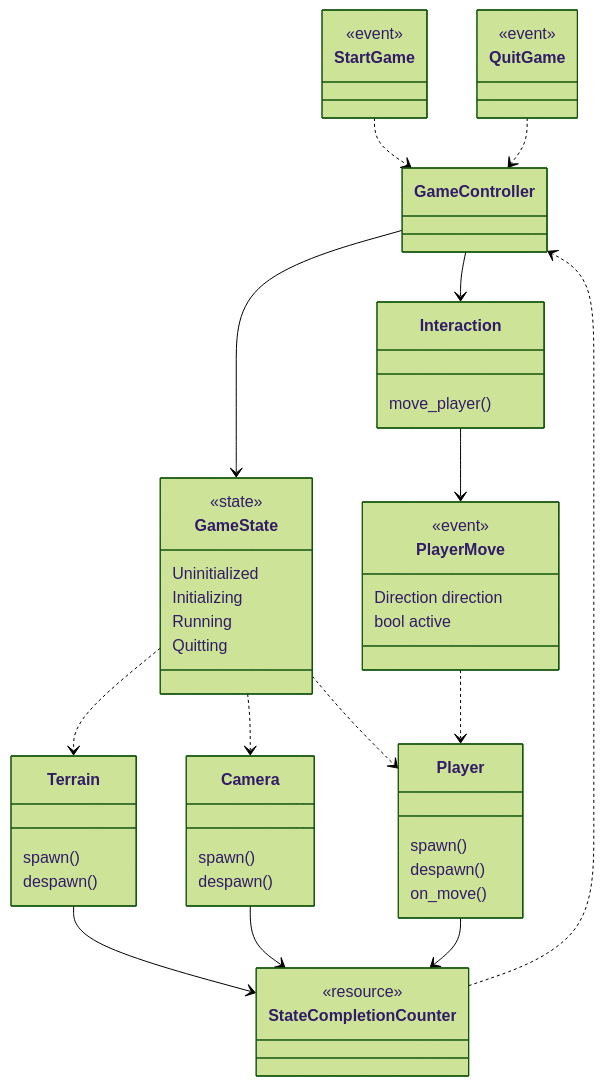
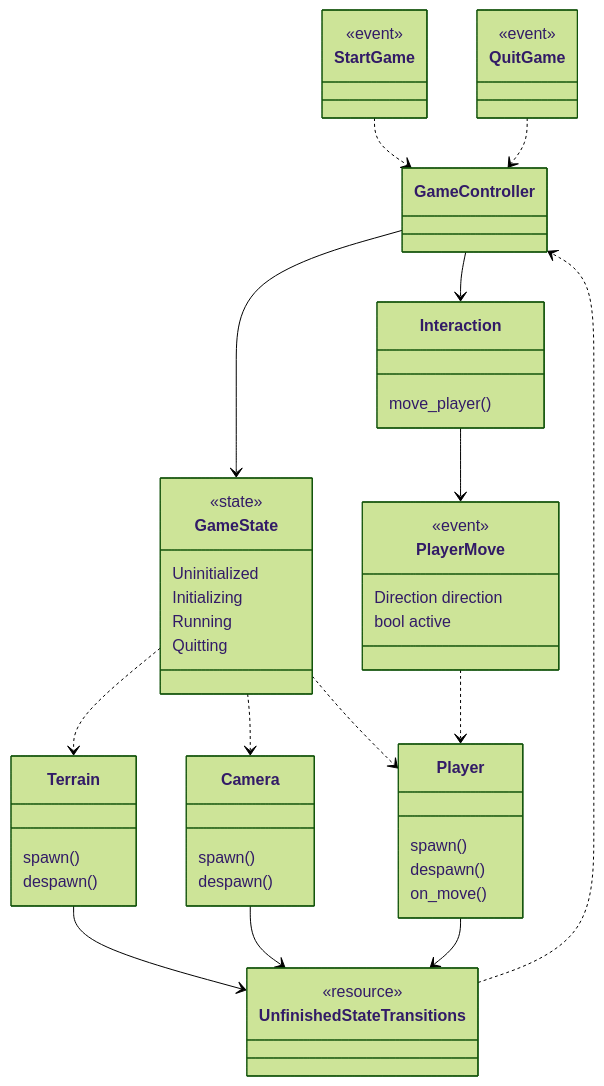
Before and after one commit to IhnoL/bevy_barcamp: the diagram in spec/architecture.mmd, drawn with Mermaid (forest theme). The commit also changed 4 other files, not shown here.

```diff
--- a/spec/architecture.mmd
+++ b/spec/architecture.mmd
@@ -1,54 +1,54 @@
 %% Mermaid class diagram
 classDiagram
     class GameController{
     }
     class Terrain {
         spawn()
         despawn()
     }
     class Camera {
         spawn()
         despawn()
     }
     class Player {
         spawn()
         despawn()
         on_move()
     }
     class Interaction {
         move_player()
     }
     class GameState {
         <<state>>
         Uninitialized
         Initializing
         Running
         Quitting
     }
     class PlayerMove {
         <<event>>
         Direction direction
         bool active
     }
-    class StateCompletionCounter {
+    class UnfinishedStateTransitions {
         <<resource>>
     }
     class StartGame {
         <<event>>
     }
     class QuitGame{
         <<event>>
     }
     GameController --> Interaction
     GameController --> GameState
     GameState ..> Terrain
     GameState ..> Camera
     GameState ..> Player
     Interaction --> PlayerMove
     PlayerMove ..> Player
-    Terrain --> StateCompletionCounter
-    Camera --> StateCompletionCounter
-    Player --> StateCompletionCounter
-    StateCompletionCounter ..> GameController
+    Terrain --> UnfinishedStateTransitions
+    Camera --> UnfinishedStateTransitions
+    Player --> UnfinishedStateTransitions
+    UnfinishedStateTransitions ..> GameController
     StartGame ..> GameController
     QuitGame..> GameController
```
